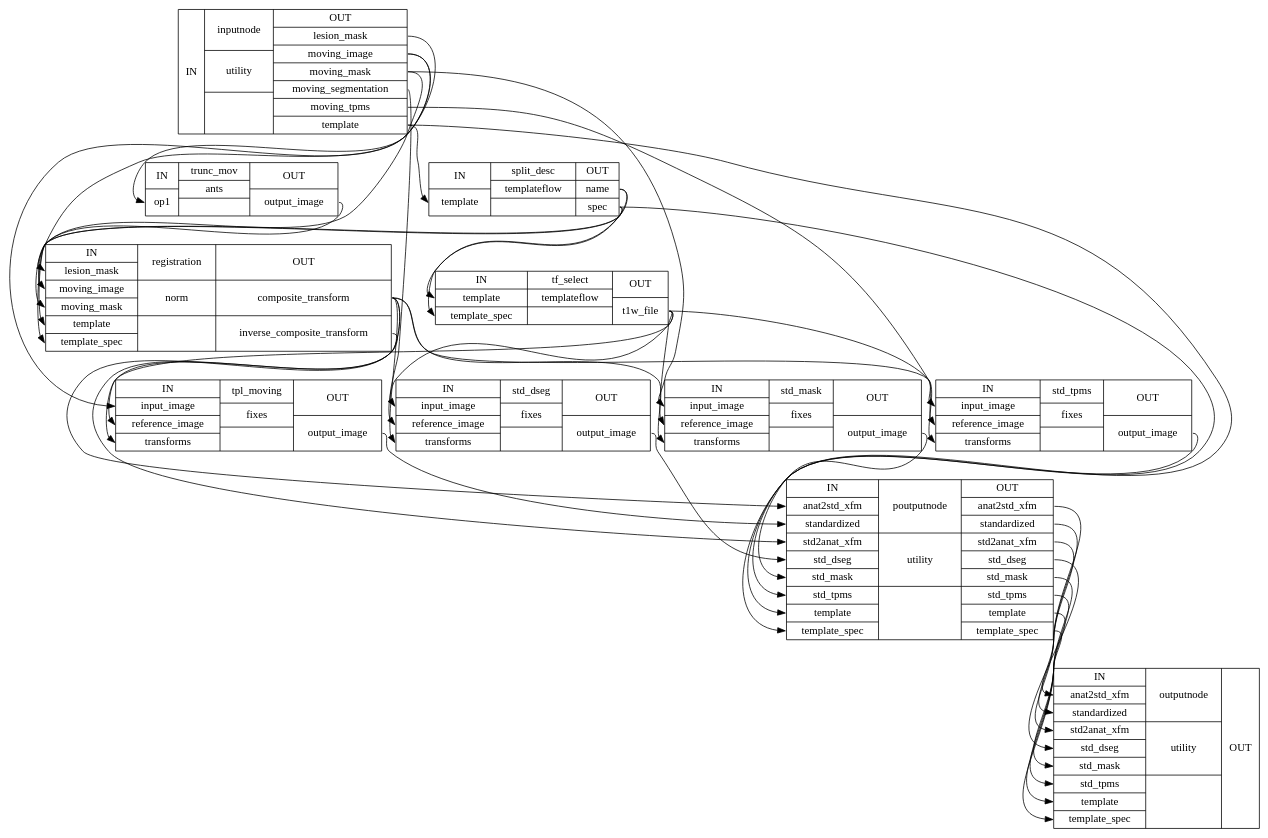
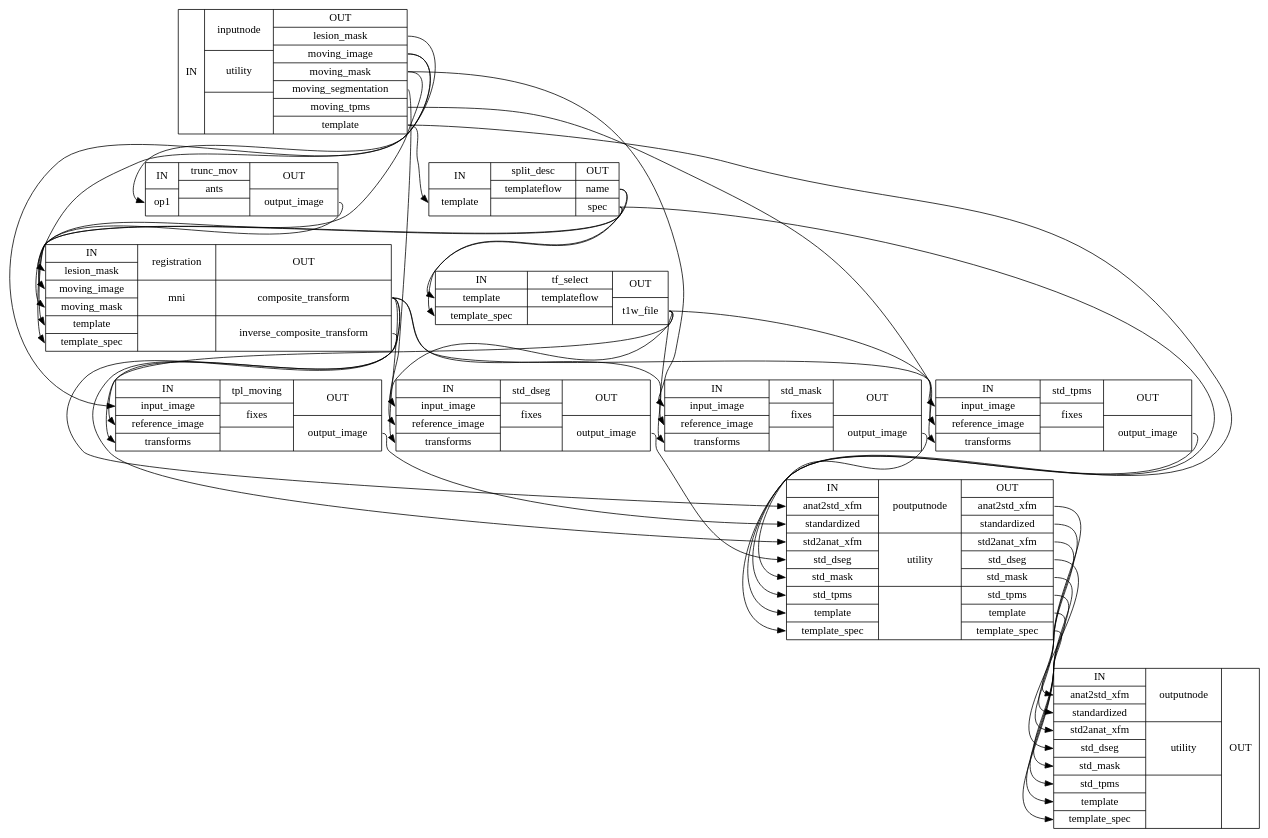
Before and after one commit to pcamach2/smriprep: the diagram in rel_0.8.0rc1/wf_directive/api/anat_norm_wf/smriprep-workflows-norm-1_detailed.dot, drawn with Graphviz. The commit also changed 5821 other files, not shown here.

```diff
--- a/rel_0.8.0rc1/wf_directive/api/anat_norm_wf/smriprep-workflows-norm-1_detailed.dot
+++ b/rel_0.8.0rc1/wf_directive/api/anat_norm_wf/smriprep-workflows-norm-1_detailed.dot
@@ -1,51 +1,51 @@
 digraph structs {
 node [shape=record];
 anat_norm_wfinputnode [label="{IN}|{ inputnode | utility |  }|{OUT|<outlesionmask> lesion_mask|<outmovingimage> moving_image|<outmovingmask> moving_mask|<outmovingsegmentation> moving_segmentation|<outmovingtpms> moving_tpms|<outtemplate> template}"];
 anat_norm_wfsplit_desc [label="{IN|<intemplate> template}|{ split_desc | templateflow |  }|{OUT|<outname> name|<outspec> spec}"];
 anat_norm_wftrunc_mov [label="{IN|<inop1> op1}|{ trunc_mov | ants |  }|{OUT|<outoutputimage> output_image}"];
 anat_norm_wftf_select [label="{IN|<intemplate> template|<intemplatespec> template_spec}|{ tf_select | templateflow |  }|{OUT|<outt1wfile> t1w_file}"];
-anat_norm_wfregistration [label="{IN|<inlesionmask> lesion_mask|<inmovingimage> moving_image|<inmovingmask> moving_mask|<intemplate> template|<intemplatespec> template_spec}|{ registration | norm |  }|{OUT|<outcompositetransform> composite_transform|<outinversecompositetransform> inverse_composite_transform}"];
+anat_norm_wfregistration [label="{IN|<inlesionmask> lesion_mask|<inmovingimage> moving_image|<inmovingmask> moving_mask|<intemplate> template|<intemplatespec> template_spec}|{ registration | mni |  }|{OUT|<outcompositetransform> composite_transform|<outinversecompositetransform> inverse_composite_transform}"];
 anat_norm_wftpl_moving [label="{IN|<ininputimage> input_image|<inreferenceimage> reference_image|<intransforms> transforms}|{ tpl_moving | fixes |  }|{OUT|<outoutputimage> output_image}"];
 anat_norm_wfstd_mask [label="{IN|<ininputimage> input_image|<inreferenceimage> reference_image|<intransforms> transforms}|{ std_mask | fixes |  }|{OUT|<outoutputimage> output_image}"];
 anat_norm_wfstd_dseg [label="{IN|<ininputimage> input_image|<inreferenceimage> reference_image|<intransforms> transforms}|{ std_dseg | fixes |  }|{OUT|<outoutputimage> output_image}"];
 anat_norm_wfstd_tpms [label="{IN|<ininputimage> input_image|<inreferenceimage> reference_image|<intransforms> transforms}|{ std_tpms | fixes |  }|{OUT|<outoutputimage> output_image}"];
 anat_norm_wfpoutputnode [label="{IN|<inanat2stdxfm> anat2std_xfm|<instandardized> standardized|<instd2anatxfm> std2anat_xfm|<instddseg> std_dseg|<instdmask> std_mask|<instdtpms> std_tpms|<intemplate> template|<intemplatespec> template_spec}|{ poutputnode | utility |  }|{OUT|<outanat2stdxfm> anat2std_xfm|<outstandardized> standardized|<outstd2anatxfm> std2anat_xfm|<outstddseg> std_dseg|<outstdmask> std_mask|<outstdtpms> std_tpms|<outtemplate> template|<outtemplatespec> template_spec}"];
 anat_norm_wfoutputnode [label="{IN|<inanat2stdxfm> anat2std_xfm|<instandardized> standardized|<instd2anatxfm> std2anat_xfm|<instddseg> std_dseg|<instdmask> std_mask|<instdtpms> std_tpms|<intemplate> template|<intemplatespec> template_spec}|{ outputnode | utility |  }|{OUT}"];
 anat_norm_wfinputnode:outlesionmask:e -> anat_norm_wfregistration:inlesionmask:w;
 anat_norm_wfinputnode:outmovingimage:e -> anat_norm_wftpl_moving:ininputimage:w;
 anat_norm_wfinputnode:outmovingimage:e -> anat_norm_wftrunc_mov:inop1:w;
 anat_norm_wfinputnode:outmovingmask:e -> anat_norm_wfregistration:inmovingmask:w;
 anat_norm_wfinputnode:outmovingmask:e -> anat_norm_wfstd_mask:ininputimage:w;
 anat_norm_wfinputnode:outmovingsegmentation:e -> anat_norm_wfstd_dseg:ininputimage:w;
 anat_norm_wfinputnode:outmovingtpms:e -> anat_norm_wfstd_tpms:ininputimage:w;
 anat_norm_wfinputnode:outtemplate:e -> anat_norm_wfpoutputnode:intemplate:w;
 anat_norm_wfinputnode:outtemplate:e -> anat_norm_wfsplit_desc:intemplate:w;
 anat_norm_wfpoutputnode:outanat2stdxfm:e -> anat_norm_wfoutputnode:inanat2stdxfm:w;
 anat_norm_wfpoutputnode:outstandardized:e -> anat_norm_wfoutputnode:instandardized:w;
 anat_norm_wfpoutputnode:outstd2anatxfm:e -> anat_norm_wfoutputnode:instd2anatxfm:w;
 anat_norm_wfpoutputnode:outstddseg:e -> anat_norm_wfoutputnode:instddseg:w;
 anat_norm_wfpoutputnode:outstdmask:e -> anat_norm_wfoutputnode:instdmask:w;
 anat_norm_wfpoutputnode:outstdtpms:e -> anat_norm_wfoutputnode:instdtpms:w;
 anat_norm_wfpoutputnode:outtemplate:e -> anat_norm_wfoutputnode:intemplate:w;
 anat_norm_wfpoutputnode:outtemplatespec:e -> anat_norm_wfoutputnode:intemplatespec:w;
 anat_norm_wfregistration:outcompositetransform:e -> anat_norm_wfpoutputnode:inanat2stdxfm:w;
 anat_norm_wfregistration:outcompositetransform:e -> anat_norm_wfstd_dseg:intransforms:w;
 anat_norm_wfregistration:outcompositetransform:e -> anat_norm_wfstd_mask:intransforms:w;
 anat_norm_wfregistration:outcompositetransform:e -> anat_norm_wfstd_tpms:intransforms:w;
 anat_norm_wfregistration:outcompositetransform:e -> anat_norm_wftpl_moving:intransforms:w;
 anat_norm_wfregistration:outinversecompositetransform:e -> anat_norm_wfpoutputnode:instd2anatxfm:w;
 anat_norm_wfsplit_desc:outname:e -> anat_norm_wfregistration:intemplate:w;
 anat_norm_wfsplit_desc:outname:e -> anat_norm_wftf_select:intemplate:w;
 anat_norm_wfsplit_desc:outspec:e -> anat_norm_wfpoutputnode:intemplatespec:w;
 anat_norm_wfsplit_desc:outspec:e -> anat_norm_wfregistration:intemplatespec:w;
 anat_norm_wfsplit_desc:outspec:e -> anat_norm_wftf_select:intemplatespec:w;
 anat_norm_wfstd_dseg:outoutputimage:e -> anat_norm_wfpoutputnode:instddseg:w;
 anat_norm_wfstd_mask:outoutputimage:e -> anat_norm_wfpoutputnode:instdmask:w;
 anat_norm_wfstd_tpms:outoutputimage:e -> anat_norm_wfpoutputnode:instdtpms:w;
 anat_norm_wftf_select:outt1wfile:e -> anat_norm_wfstd_dseg:inreferenceimage:w;
 anat_norm_wftf_select:outt1wfile:e -> anat_norm_wfstd_mask:inreferenceimage:w;
 anat_norm_wftf_select:outt1wfile:e -> anat_norm_wfstd_tpms:inreferenceimage:w;
 anat_norm_wftf_select:outt1wfile:e -> anat_norm_wftpl_moving:inreferenceimage:w;
 anat_norm_wftpl_moving:outoutputimage:e -> anat_norm_wfpoutputnode:instandardized:w;
 anat_norm_wftrunc_mov:outoutputimage:e -> anat_norm_wfregistration:inmovingimage:w;
 }
```
